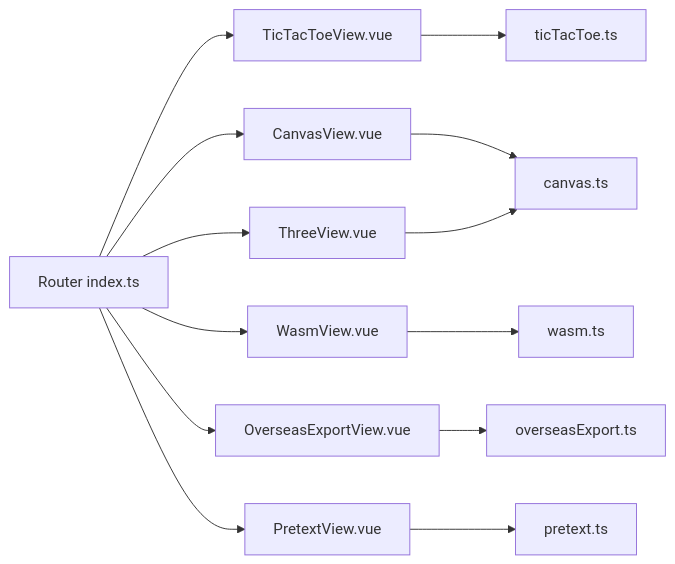
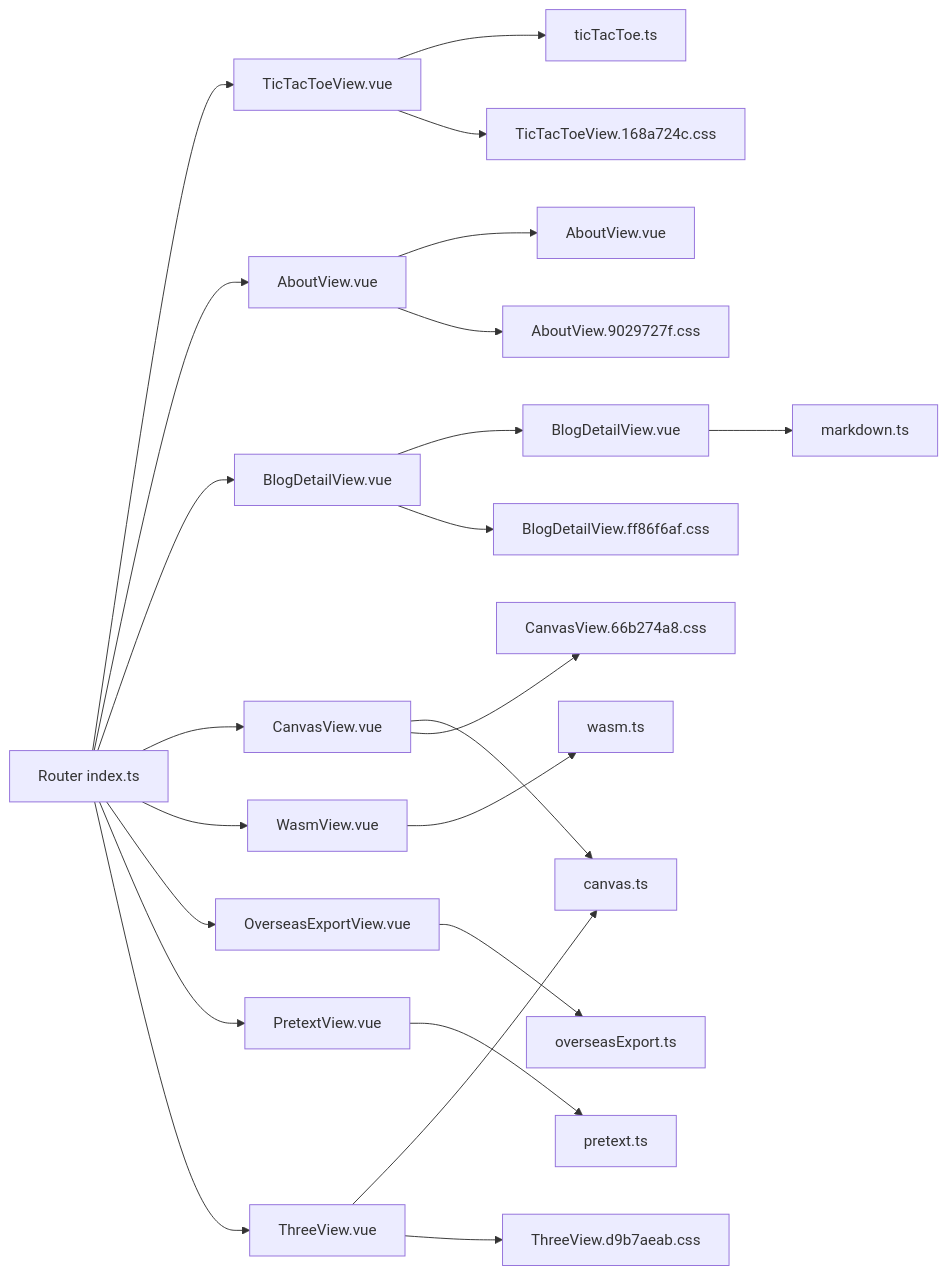
Before and after one commit to adminfyy/adminfyy.github.io: diagram 11 of 11 in .qoder/repowiki/en/content/Interactive Applications/Interactive Applications.md, drawn with Mermaid. The commit also changed other lines of this file and 5 other files, not shown here.

````diff
--- a/.qoder/repowiki/en/content/Interactive Applications/Interactive Applications.md
+++ b/.qoder/repowiki/en/content/Interactive Applications/Interactive Applications.md
@@ -478,15 +672,25 @@
 ```mermaid
 graph LR
 TTT["TicTacToeView.vue"] --> TTU["ticTacToe.ts"]
+ABOUT["AboutView.vue"] --> ABOUTU["AboutView.vue"]
+BLOG["BlogDetailView.vue"] --> BLOGU["BlogDetailView.vue"]
 CANV["CanvasView.vue"] --> CANVU["canvas.ts"]
 WASM["WasmView.vue"] --> WASMU["wasm.ts"]
 EXP["OverseasExportView.vue"] --> EXPU["overseasExport.ts"]
 PRETEXT["PretextView.vue"] --> PRETEXTU["pretext.ts"]
 THREE["ThreeView.vue"] --> CANVU
+BLOGU --> MARKDOWN["markdown.ts"]
 R["Router index.ts"] --> TTT
+R --> ABOUT
+R --> BLOG
 R --> CANV
 R --> WASM
 R --> EXP
 R --> PRETEXT
 R --> THREE
+TTT --> CSS_TTT["TicTacToeView.168a724c.css"]
+ABOUT --> CSS_ABOUT["AboutView.9029727f.css"]
+BLOG --> CSS_BLOG["BlogDetailView.ff86f6af.css"]
+CANV --> CSS_CANV["CanvasView.66b274a8.css"]
+THREE --> CSS_THREE["ThreeView.d9b7aeab.css"]
 ```
````
